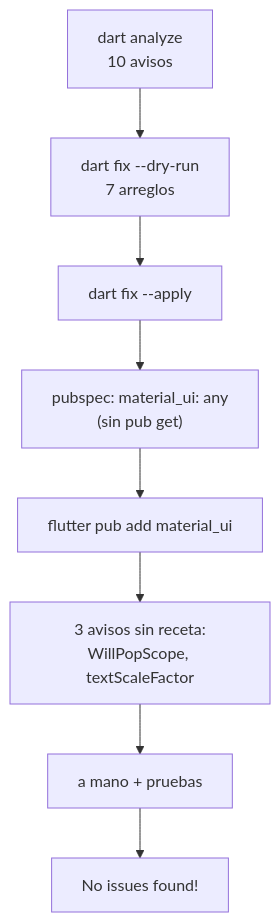
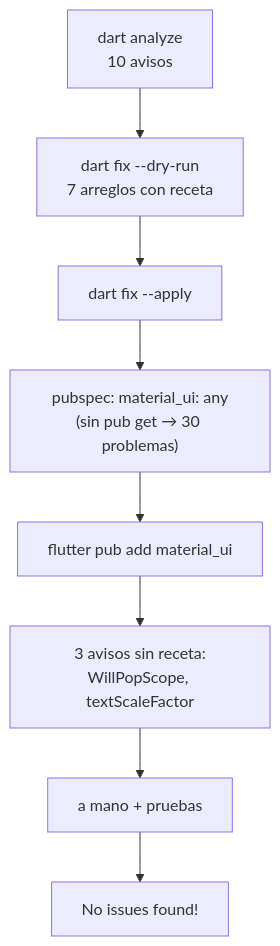
The third of 4 diagrams in web/public/content/flutter/modulo-15.md (NICORUIZ93/The_Imperial_Book), drawn with Mermaid before and after one commit. The commit also changed other lines of this file and 65 other files, not shown here.

````diff
--- a/web/public/content/flutter/modulo-15.md
+++ b/web/public/content/flutter/modulo-15.md
@@ -1319,10 +1594,10 @@
 ```mermaid
 flowchart TD
-    A["dart analyze<br/>10 avisos"] --> D["dart fix --dry-run<br/>7 arreglos"]
+    A["dart analyze<br/>10 avisos"] --> D["dart fix --dry-run<br/>7 arreglos con receta"]
     D --> F["dart fix --apply"]
-    F --> P["pubspec: material_ui: any<br/>(sin pub get)"]
+    F --> P["pubspec: material_ui: any<br/>(sin pub get → 30 problemas)"]
     P --> G["flutter pub add material_ui"]
     G --> M["3 avisos sin receta:<br/>WillPopScope, textScaleFactor"]
     M --> H["a mano + pruebas"]
     H --> OK["No issues found!"]
 ```
````
